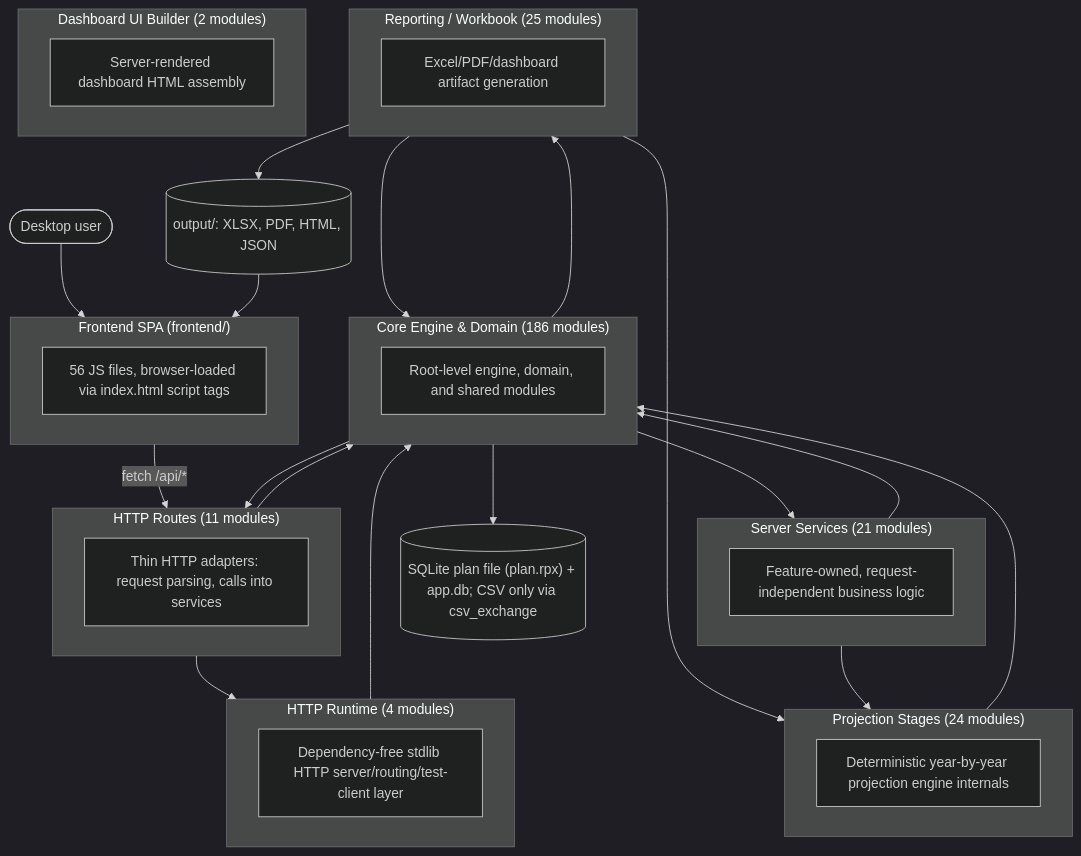
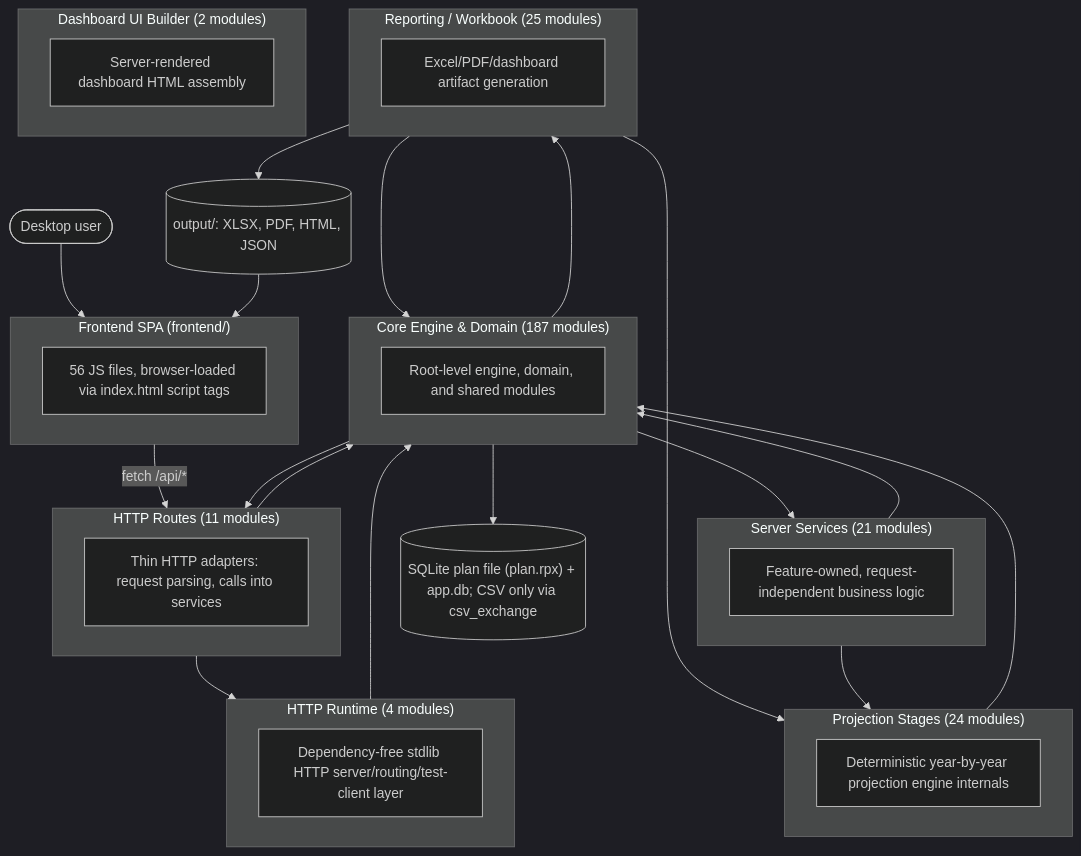
Before and after one commit to matthartzman/retirement_system: the first of 2 diagrams in documentation/reference/SYSTEM_ARCHITECTURE_DIAGRAM.md, drawn with Mermaid (dark theme). The commit also changed other lines of this file and 5 other files, not shown here.

````diff
--- a/documentation/reference/SYSTEM_ARCHITECTURE_DIAGRAM.md
+++ b/documentation/reference/SYSTEM_ARCHITECTURE_DIAGRAM.md
@@ -11,43 +11,43 @@
 ```mermaid
 flowchart TB
     User(["Desktop user"]) --> FE
     subgraph FE["Frontend SPA (frontend/)"]
         FEcount["56 JS files, browser-loaded via index.html script tags"]
     end
     FE -->|fetch /api/*| L_HTTP_Routes
     subgraph L_HTTP_Routes["HTTP Routes (11 modules)"]
         L_HTTP_Routes_d["Thin HTTP adapters: request parsing, calls into services"]
     end
     subgraph L_Server_Services["Server Services (21 modules)"]
         L_Server_Services_d["Feature-owned, request-independent business logic"]
     end
     subgraph L_HTTP_Runtime["HTTP Runtime (4 modules)"]
         L_HTTP_Runtime_d["Dependency-free stdlib HTTP server/routing/test-client layer"]
     end
-    subgraph L_Core_Engine___Domain["Core Engine & Domain (186 modules)"]
+    subgraph L_Core_Engine___Domain["Core Engine & Domain (187 modules)"]
         L_Core_Engine___Domain_d["Root-level engine, domain, and shared modules"]
     end
     subgraph L_Projection_Stages["Projection Stages (24 modules)"]
         L_Projection_Stages_d["Deterministic year-by-year projection engine internals"]
     end
     subgraph L_Reporting___Workbook["Reporting / Workbook (25 modules)"]
         L_Reporting___Workbook_d["Excel/PDF/dashboard artifact generation"]
     end
     subgraph L_Dashboard_UI_Builder["Dashboard UI Builder (2 modules)"]
         L_Dashboard_UI_Builder_d["Server-rendered dashboard HTML assembly"]
     end
     L_Core_Engine___Domain --> L_HTTP_Routes
     L_Core_Engine___Domain --> L_Reporting___Workbook
     L_Core_Engine___Domain --> L_Server_Services
     L_HTTP_Routes --> L_Core_Engine___Domain
     L_HTTP_Routes --> L_HTTP_Runtime
     L_HTTP_Runtime --> L_Core_Engine___Domain
     L_Projection_Stages --> L_Core_Engine___Domain
     L_Reporting___Workbook --> L_Core_Engine___Domain
     L_Reporting___Workbook --> L_Projection_Stages
     L_Server_Services --> L_Core_Engine___Domain
     L_Server_Services --> L_Projection_Stages
     L_Core_Engine___Domain --> DB[("SQLite plan file (plan.rpx) + app.db; CSV only via csv_exchange")]
     L_Reporting___Workbook --> Outputs[("output/: XLSX, PDF, HTML, JSON")]
     Outputs --> FE
 ```
````
